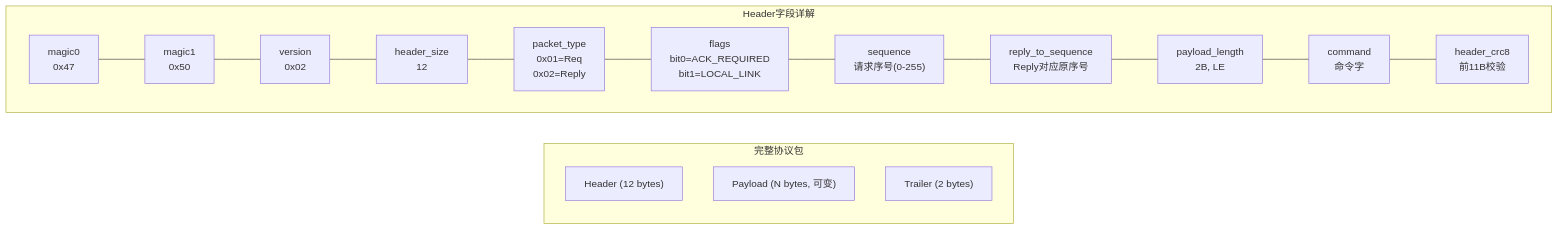
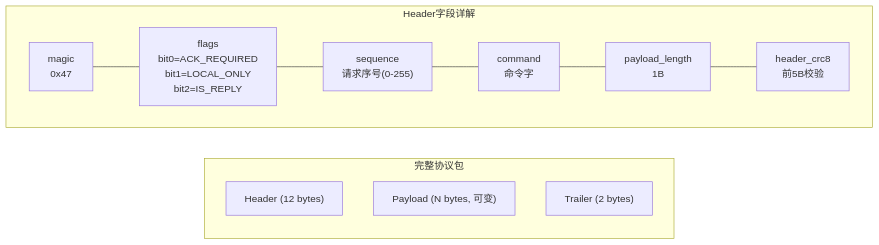
The first of 6 diagrams in Doc/毕业论文/bluetooth_communication_protocol_architecture.md (N3SSS13D/GraduationProject), drawn with Mermaid before and after one commit. The commit also changed other lines of this file and 118 other files, not shown here.

````diff
--- a/Doc/毕业论文/bluetooth_communication_protocol_architecture.md
+++ b/Doc/毕业论文/bluetooth_communication_protocol_architecture.md
@@ -318,22 +317,19 @@
 ```mermaid
 flowchart LR
     subgraph Packet["完整协议包"]
         direction TB
         HDR["Header (12 bytes)"]
         PAY["Payload (N bytes, 可变)"]
         TRL["Trailer (2 bytes)"]
     end
 
     subgraph Header["Header字段详解"]
         direction LR
-        M0["magic0<br/>0x47"] --- M1["magic1<br/>0x50"] ---
-        VER["version<br/>0x02"] --- HSZ["header_size<br/>12"] ---
-        PT["packet_type<br/>0x01=Req<br/>0x02=Reply"] ---
-        FLG["flags<br/>bit0=ACK_REQUIRED<br/>bit1=LOCAL_LINK"] ---
+        M0["magic<br/>0x47"] ---
+        FLG["flags<br/>bit0=ACK_REQUIRED<br/>bit1=LOCAL_ONLY<br/>bit2=IS_REPLY"] ---
         SEQ["sequence<br/>请求序号(0-255)"] ---
-        RSQ["reply_to_sequence<br/>Reply对应原序号"] ---
-        PLEN["payload_length<br/>2B, LE"] ---
         CMD["command<br/>命令字"] ---
-        HCRC["header_crc8<br/>前11B校验"]
+        PLEN["payload_length<br/>1B"] ---
+        HCRC["header_crc8<br/>前5B校验"]
     end
 ```
````
